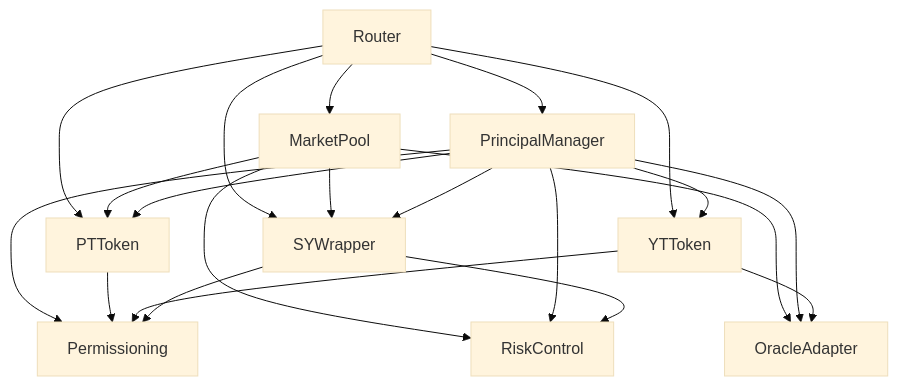
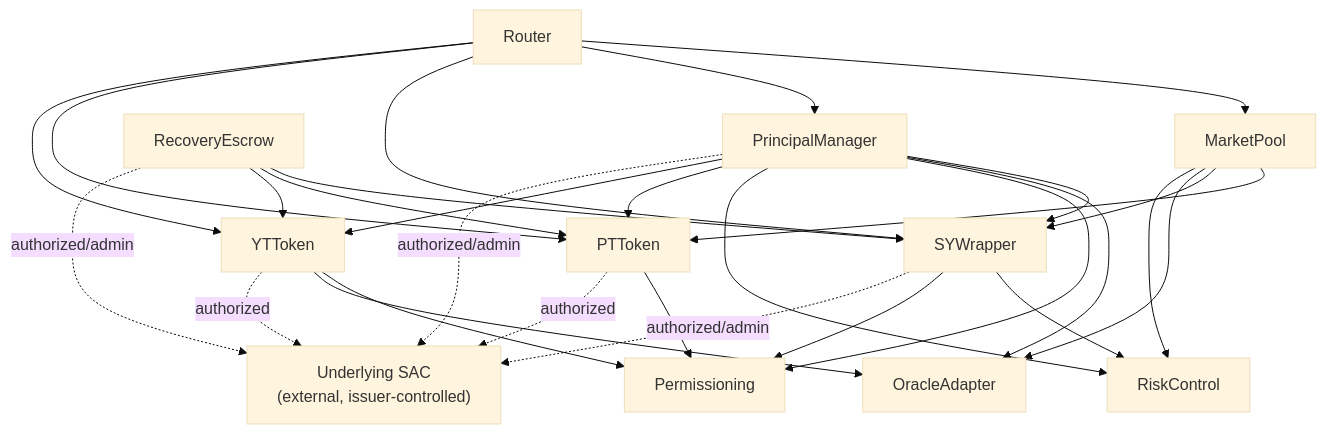
Before and after one commit to principal-Protocol-org/principal: the first of 9 diagrams in ARCHITECTURE.md, drawn with Mermaid (base theme). The commit also changed other lines of this file and 7 other files, not shown here.

First line of the commit message:
docs: document authorization inheritance, market gating, and RecoveryEscrow

````diff
--- a/ARCHITECTURE.md
+++ b/ARCHITECTURE.md
@@ -65,36 +66,47 @@
 ```mermaid
 flowchart TD
     Router["Router"]
     MarketPool["MarketPool"]
     PrincipalManager["PrincipalManager"]
     SYWrapper["SYWrapper"]
     PTToken["PTToken"]
     YTToken["YTToken"]
+    RecoveryEscrow["RecoveryEscrow"]
     OracleAdapter["OracleAdapter"]
     Permissioning["Permissioning"]
     RiskControl["RiskControl"]
+    Underlying["Underlying SAC\n(external, issuer-controlled)"]
 
     Router --> MarketPool
     Router --> PrincipalManager
     Router --> SYWrapper
     Router --> PTToken
     Router --> YTToken
 
     MarketPool --> PTToken
     MarketPool --> SYWrapper
     MarketPool --> OracleAdapter
     MarketPool --> RiskControl
 
     PrincipalManager --> SYWrapper
     PrincipalManager --> OracleAdapter
     PrincipalManager --> Permissioning
     PrincipalManager --> RiskControl
     PrincipalManager --> PTToken
     PrincipalManager --> YTToken
+    PrincipalManager -. authorized/admin .-> Underlying
 
     PTToken --> Permissioning
     YTToken --> Permissioning
     YTToken --> OracleAdapter
+    PTToken -. authorized .-> Underlying
+    YTToken -. authorized .-> Underlying
     SYWrapper --> RiskControl
     SYWrapper --> Permissioning
+    SYWrapper -. authorized/admin .-> Underlying
+
+    RecoveryEscrow --> SYWrapper
+    RecoveryEscrow --> PTToken
+    RecoveryEscrow --> YTToken
+    RecoveryEscrow -. authorized/admin .-> Underlying
 ```
````
